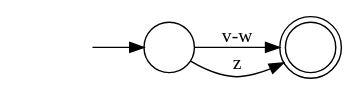
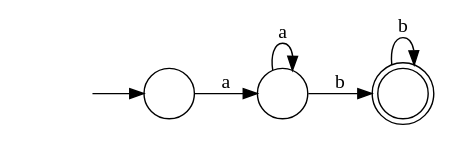
One commit to jpalacci/JEFA changed the diagram in graph1.dot. Above: the diagram before and after it, drawn with Graphviz. The commit also changed 20 other files, not shown here.

```diff
--- a/graph1.dot
+++ b/graph1.dot
@@ -1,9 +1,12 @@
 digraph Automaton {
   rankdir = LR;
   0 [shape=circle,label=""];
+  0 -> 0 [label="a"]
+  0 -> 2 [label="b"]
+  1 [shape=circle,label=""];
   initial [shape=plaintext,label=""];
-  initial -> 0
-  0 -> 1 [label="v-w"]
-  0 -> 1 [label="z"]
-  1 [shape=doublecircle,label=""];
+  initial -> 1
+  1 -> 0 [label="a"]
+  2 [shape=doublecircle,label=""];
+  2 -> 2 [label="b"]
 }
```
